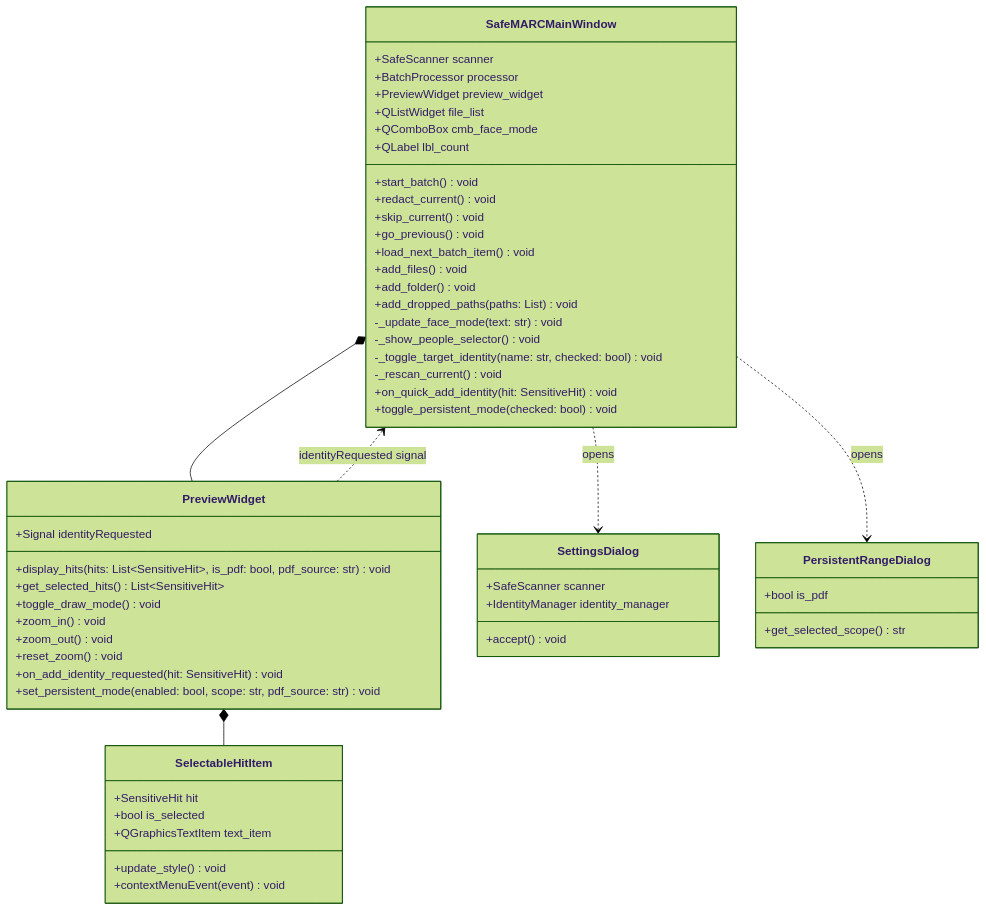
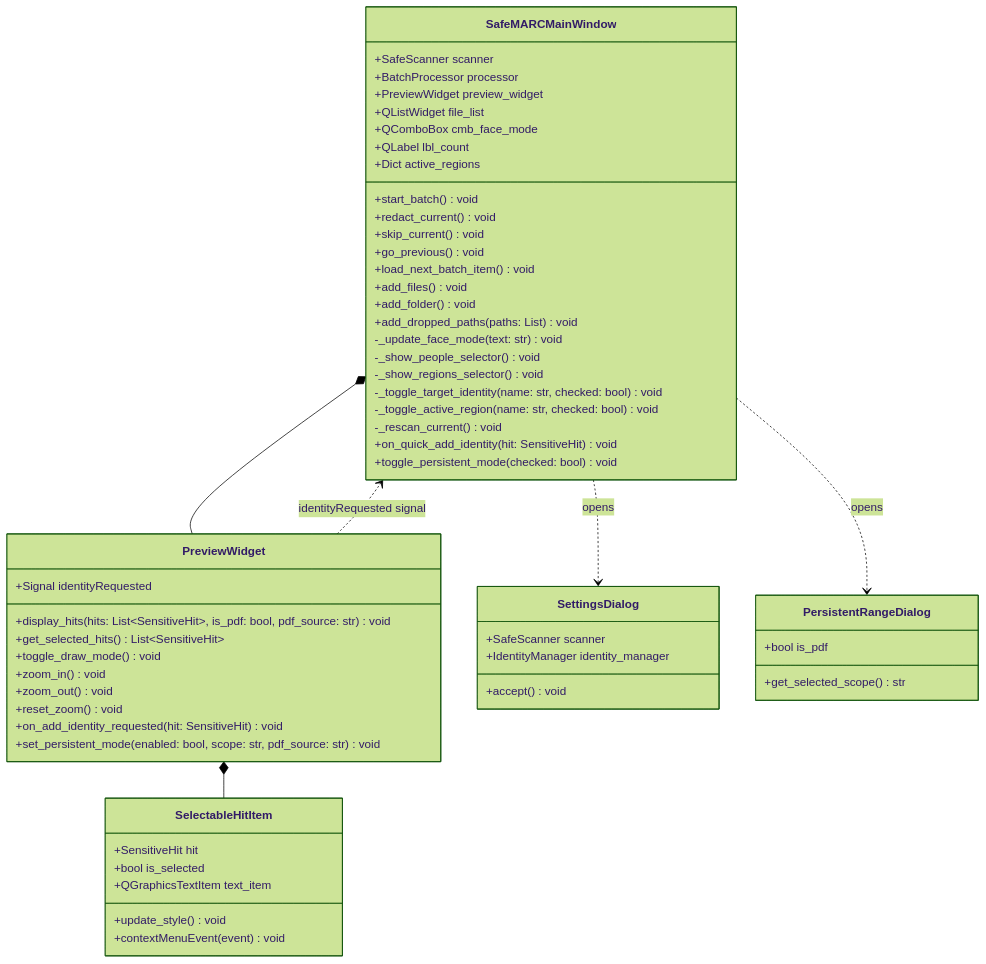
One commit to FurqanHun/SafeMARC changed the third of 3 diagrams in docs/architecture/uml_classes.md. Above: the diagram before and after it, drawn with Mermaid (forest theme). The commit also changed 7 other files, not shown here.

````diff
--- a/docs/architecture/uml_classes.md
+++ b/docs/architecture/uml_classes.md
@@ -111,64 +111,67 @@
 ```mermaid
 classDiagram
     direction TB
 
     class SafeMARCMainWindow {
         +SafeScanner scanner
         +BatchProcessor processor
         +PreviewWidget preview_widget
         +QListWidget file_list
         +QComboBox cmb_face_mode
         +QLabel lbl_count
+        +Dict active_regions
         +start_batch() void
         +redact_current() void
         +skip_current() void
         +go_previous() void
         +load_next_batch_item() void
         +add_files() void
         +add_folder() void
         +add_dropped_paths(paths: List) void
         -_update_face_mode(text: str) void
         -_show_people_selector() void
+        -_show_regions_selector() void
         -_toggle_target_identity(name: str, checked: bool) void
+        -_toggle_active_region(name: str, checked: bool) void
         -_rescan_current() void
         +on_quick_add_identity(hit: SensitiveHit) void
         +toggle_persistent_mode(checked: bool) void
     }
 
     class PreviewWidget {
         +Signal identityRequested
         +display_hits(hits: List~SensitiveHit~, is_pdf: bool, pdf_source: str) void
         +get_selected_hits() List~SensitiveHit~
         +toggle_draw_mode() void
         +zoom_in() void
         +zoom_out() void
         +reset_zoom() void
         +on_add_identity_requested(hit: SensitiveHit) void
         +set_persistent_mode(enabled: bool, scope: str, pdf_source: str) void
     }
 
     class SelectableHitItem {
         +SensitiveHit hit
         +bool is_selected
         +QGraphicsTextItem text_item
         +update_style() void
         +contextMenuEvent(event) void
     }
 
     class SettingsDialog {
         +SafeScanner scanner
         +IdentityManager identity_manager
         +accept() void
     }
 
     class PersistentRangeDialog {
         +bool is_pdf
         +get_selected_scope() str
     }
 
     SafeMARCMainWindow *-- PreviewWidget
     SafeMARCMainWindow ..> SettingsDialog : opens
     SafeMARCMainWindow ..> PersistentRangeDialog : opens
     PreviewWidget *-- SelectableHitItem
     PreviewWidget ..> SafeMARCMainWindow : identityRequested signal
 ```
````
